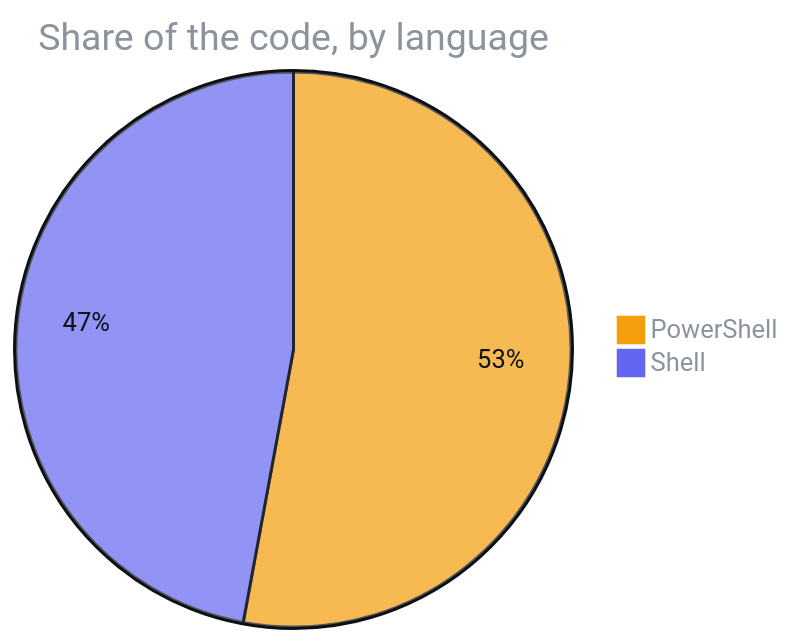
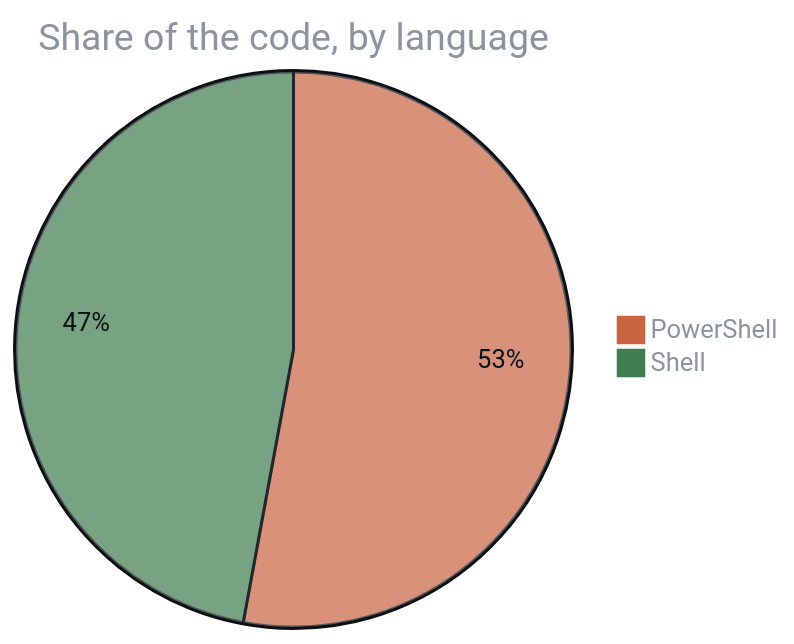
Before and after one commit to F0rger123/claude-business-god-mode: the third of 3 diagrams in README.md, drawn with Mermaid. The commit also changed other lines of this file and 2 other files, not shown here.

````diff
--- a/README.md
+++ b/README.md
@@ -100,6 +128,6 @@
 ```mermaid
-%%{init: {'theme':'base','themeVariables':{'pie1':'#f59e0b','pie2':'#6366f1','pie3':'#64748b','pie4':'#94a3b8','pie5':'#475569','pie6':'#cbd5e1','pie7':'#334155','pieStrokeColor':'#0d1117','pieOuterStrokeColor':'#0d1117','pieTitleTextColor':'#8b949e','pieLegendTextColor':'#8b949e','pieSectionTextColor':'#0d1117'}}}%%
+%%{init: {'theme':'base','themeVariables':{'pie1':'#c96442','pie2':'#3f7d4f','pie3':'#64748b','pie4':'#94a3b8','pie5':'#475569','pie6':'#cbd5e1','pie7':'#334155','pieStrokeColor':'#0d1117','pieOuterStrokeColor':'#0d1117','pieTitleTextColor':'#8b949e','pieLegendTextColor':'#8b949e','pieSectionTextColor':'#0d1117'}}}%%
 pie title Share of the code, by language
     "PowerShell" : 52.9
     "Shell" : 47.1
 ```
````
